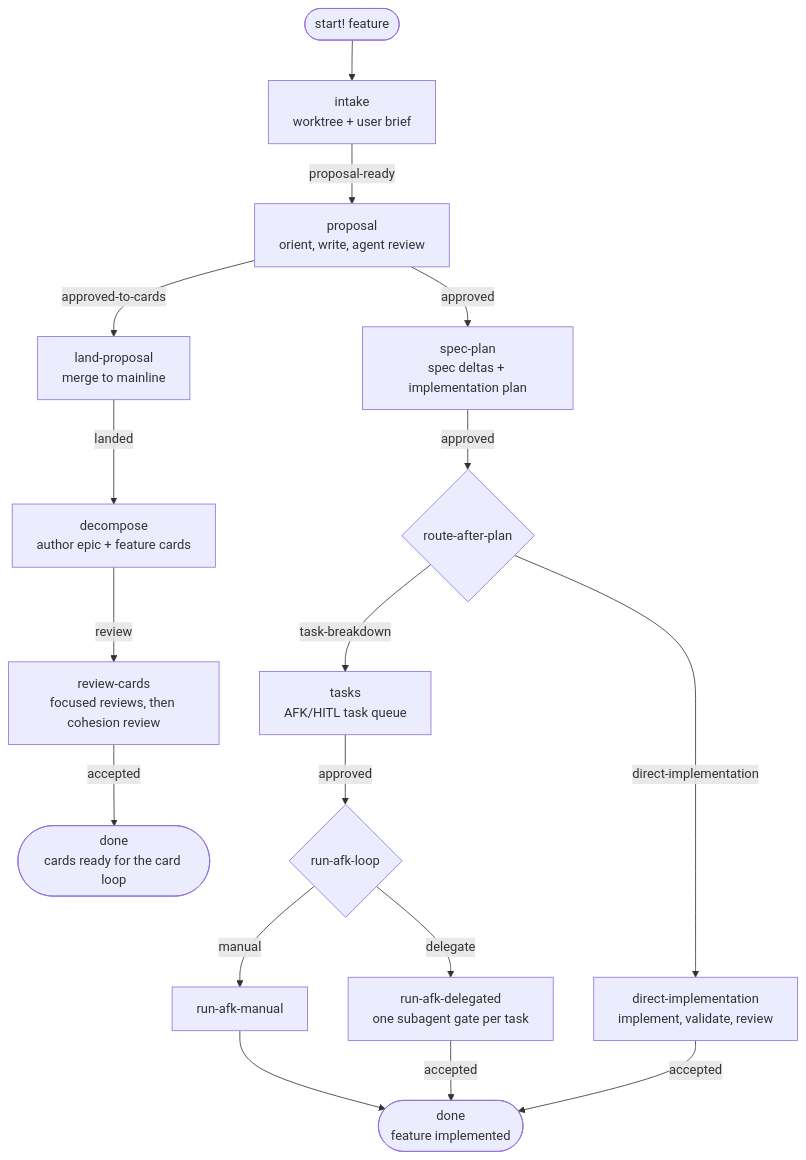
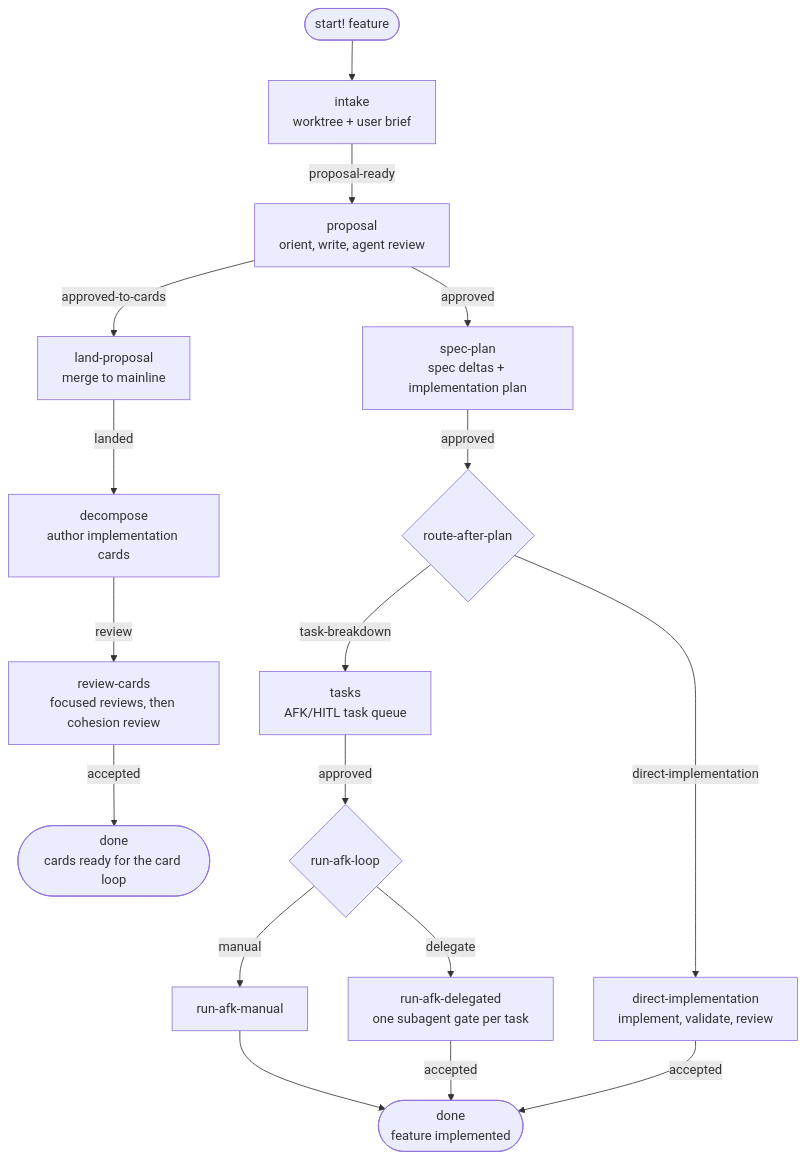
Before and after one commit to codethread/devflow.spool: the first of 4 diagrams in devflow.md, drawn with Mermaid. The commit also changed other lines of this file and 14 other files, not shown here.

````diff
--- a/devflow.md
+++ b/devflow.md
@@ -80,22 +80,22 @@
 ```mermaid
 flowchart TD
   go(["start! feature"]) --> intake["intake<br/>worktree + user brief"]
   intake -->|proposal-ready| prop["proposal<br/>orient, write, agent review"]
 
   prop -->|approved-to-cards| land["land-proposal<br/>merge to mainline"]
-  land -->|landed| dec["decompose<br/>author epic + feature cards"]
+  land -->|landed| dec["decompose<br/>author implementation cards"]
   dec -->|review| rev["review-cards<br/>focused reviews, then cohesion review"]
   rev -->|accepted| doneCards(["done<br/>cards ready for the card loop"])
 
   prop -->|approved| sp["spec-plan<br/>spec deltas + implementation plan"]
   sp -->|approved| rt{"route-after-plan"}
   rt -->|task-breakdown| tk["tasks<br/>AFK/HITL task queue"]
   rt -->|direct-implementation| di["direct-implementation<br/>implement, validate, review"]
   tk -->|approved| afk{"run-afk-loop"}
   afk -->|manual| afkm["run-afk-manual"]
   afk -->|delegate| afkd["run-afk-delegated<br/>one subagent gate per task"]
 
   afkm --> doneRun(["done<br/>feature implemented"])
   afkd -->|accepted| doneRun
   di -->|accepted| doneRun
 ```
````
